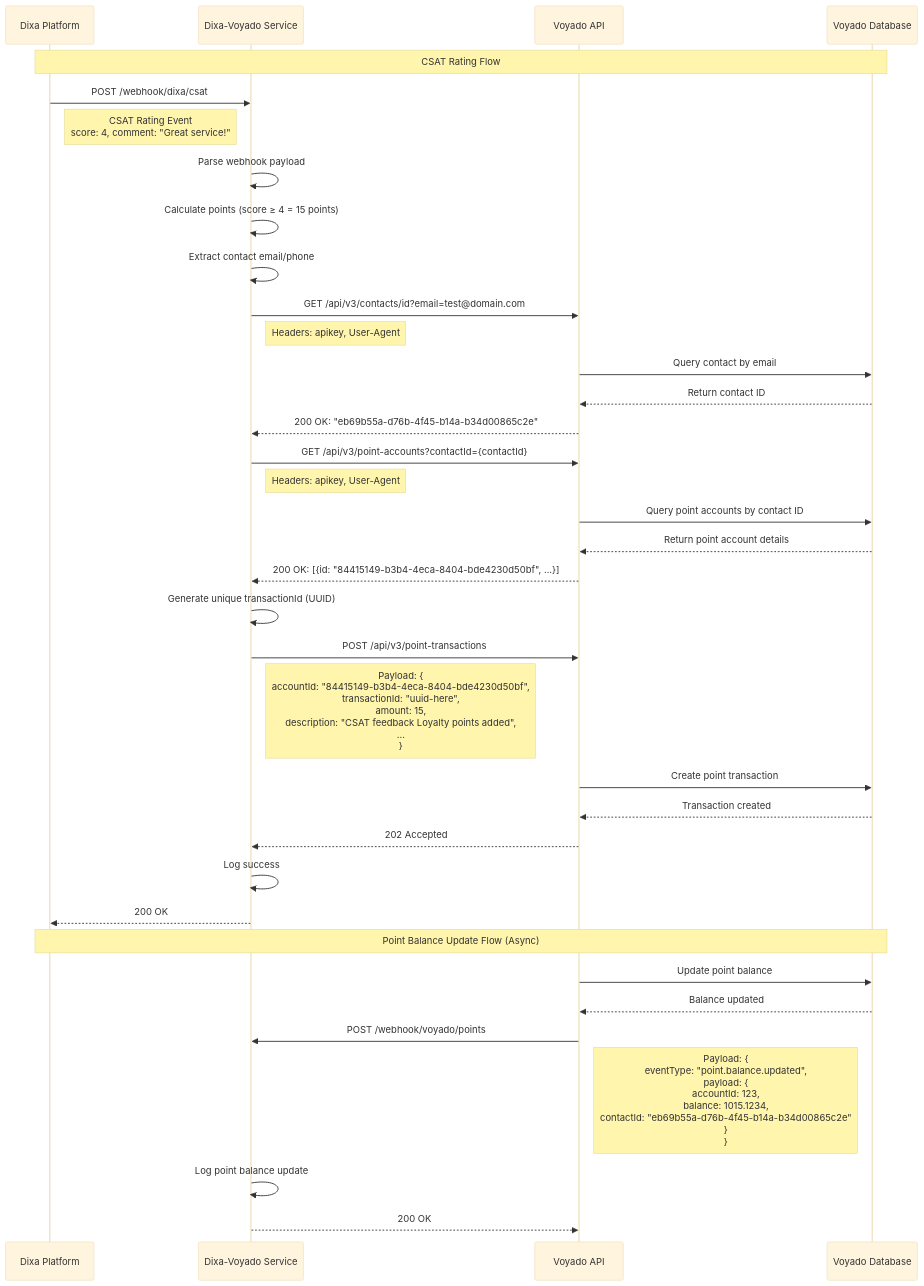
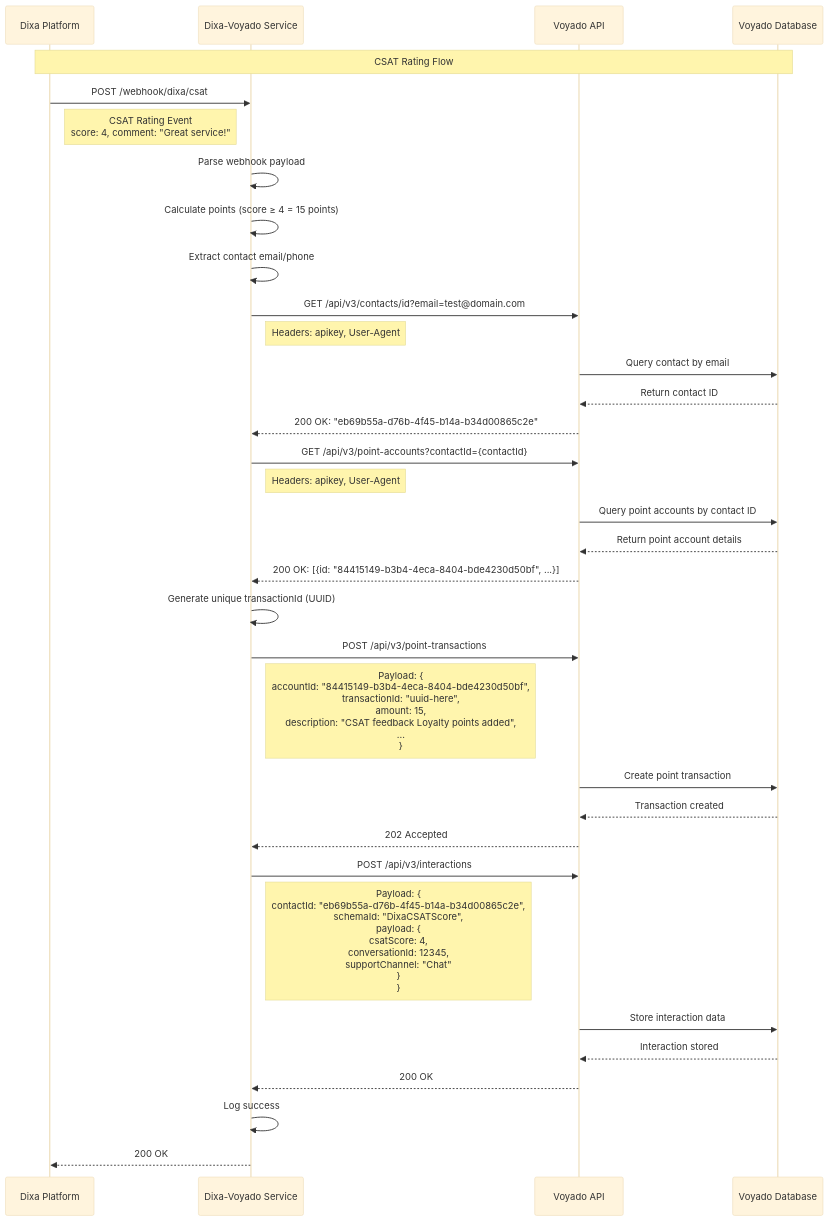
The diagram in README.md (Dixa-public/dixa-voyado-service), drawn with Mermaid (base theme) before and after one commit. The commit also changed other lines of this file and 2 other files, not shown here.

Commit message:
Adjust Schema + remove voyado webhhok logic as it is not needed

````diff
--- a/README.md
+++ b/README.md
@@ -65,58 +64,51 @@
 ```mermaid
 sequenceDiagram
     participant Dixa as Dixa Platform
     participant Service as Dixa-Voyado Service
     participant Voyado as Voyado API
     participant DB as Voyado Database
 
     Note over Dixa,DB: CSAT Rating Flow
 
     %% Step 1: Dixa sends CSAT webhook
     Dixa->>Service: POST /webhook/dixa/csat
     Note right of Dixa: CSAT Rating Event<br/>score: 4, comment: "Great service!"
 
     %% Step 2: Service processes webhook
     Service->>Service: Parse webhook payload
     Service->>Service: Calculate points (score ≥ 4 = 15 points)
     Service->>Service: Extract contact email/phone
 
     %% Step 3: Lookup contact ID in Voyado
     Service->>Voyado: GET /api/v3/contacts/id?email=test@domain.com
     Note right of Service: Headers: apikey, User-Agent
     Voyado->>DB: Query contact by email
     DB-->>Voyado: Return contact ID
     Voyado-->>Service: 200 OK: "eb69b55a-d76b-4f45-b14a-b34d00865c2e"
 
     %% Step 4: Get point account ID
     Service->>Voyado: GET /api/v3/point-accounts?contactId={contactId}
     Note right of Service: Headers: apikey, User-Agent
     Voyado->>DB: Query point accounts by contact ID
     DB-->>Voyado: Return point account details
     Voyado-->>Service: 200 OK: [{id: "84415149-b3b4-4eca-8404-bde4230d50bf", ...}]
 
     %% Step 5: Add points to Voyado
     Service->>Service: Generate unique transactionId (UUID)
     Service->>Voyado: POST /api/v3/point-transactions
     Note right of Service: Payload: {<br/>  accountId: "84415149-b3b4-4eca-8404-bde4230d50bf",<br/>  transactionId: "uuid-here",<br/>  amount: 15,<br/>  description: "CSAT feedback Loyalty points added",<br/>  ...<br/>}
     Voyado->>DB: Create point transaction
     DB-->>Voyado: Transaction created
     Voyado-->>Service: 202 Accepted
 
-    %% Step 6: Service confirms success
+    %% Step 6: Store CSAT interaction data
+    Service->>Voyado: POST /api/v3/interactions
+    Note right of Service: Payload: {<br/>  contactId: "eb69b55a-d76b-4f45-b14a-b34d00865c2e",<br/>  schemaId: "DixaCSATScore",<br/>  payload: {<br/>    csatScore: 4,<br/>    conversationId: 12345,<br/>    supportChannel: "Chat"<br/>  }<br/>}
+    Voyado->>DB: Store interaction data
+    DB-->>Voyado: Interaction stored
+    Voyado-->>Service: 200 OK
+
+    %% Step 7: Service confirms success
     Service->>Service: Log success
     Service-->>Dixa: 200 OK
-
-    Note over Dixa,DB: Point Balance Update Flow (Async)
-
-    %% Step 7: Voyado processes transaction asynchronously
-    Voyado->>DB: Update point balance
-    DB-->>Voyado: Balance updated
-
-    %% Step 8: Voyado sends webhook notification
-    Voyado->>Service: POST /webhook/voyado/points
-    Note right of Voyado: Payload: {<br/>  eventType: "point.balance.updated",<br/>  payload: {<br/>    accountId: 123,<br/>    balance: 1015.1234,<br/>    contactId: "eb69b55a-d76b-4f45-b14a-b34d00865c2e"<br/>  }<br/>}
-
-    %% Step 9: Service logs webhook
-    Service->>Service: Log point balance update
-    Service-->>Voyado: 200 OK
 ```
````
